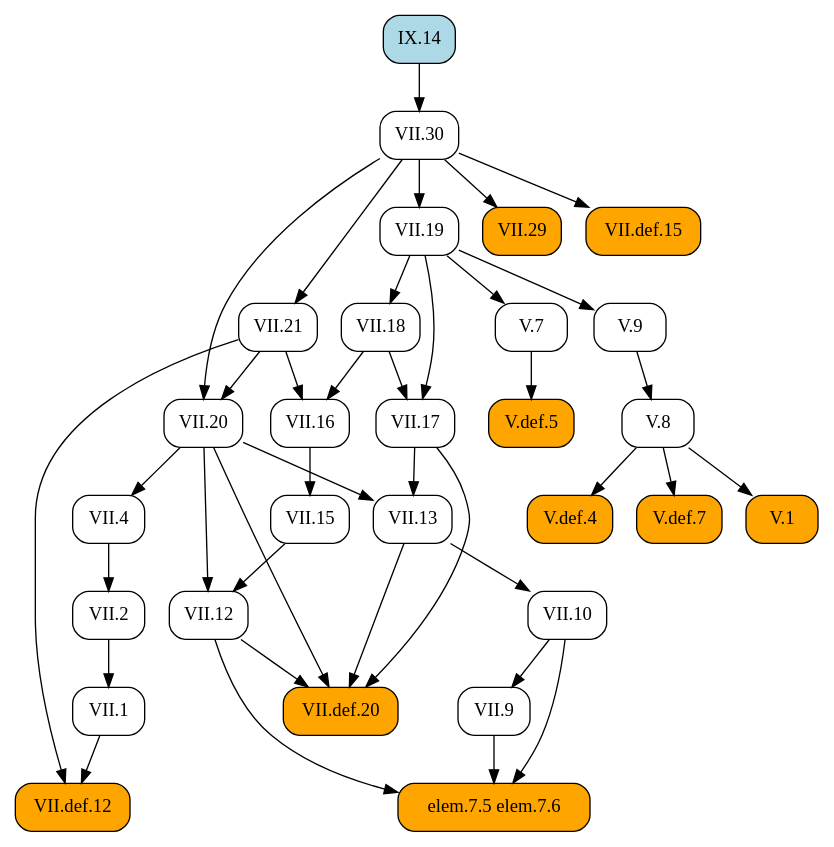
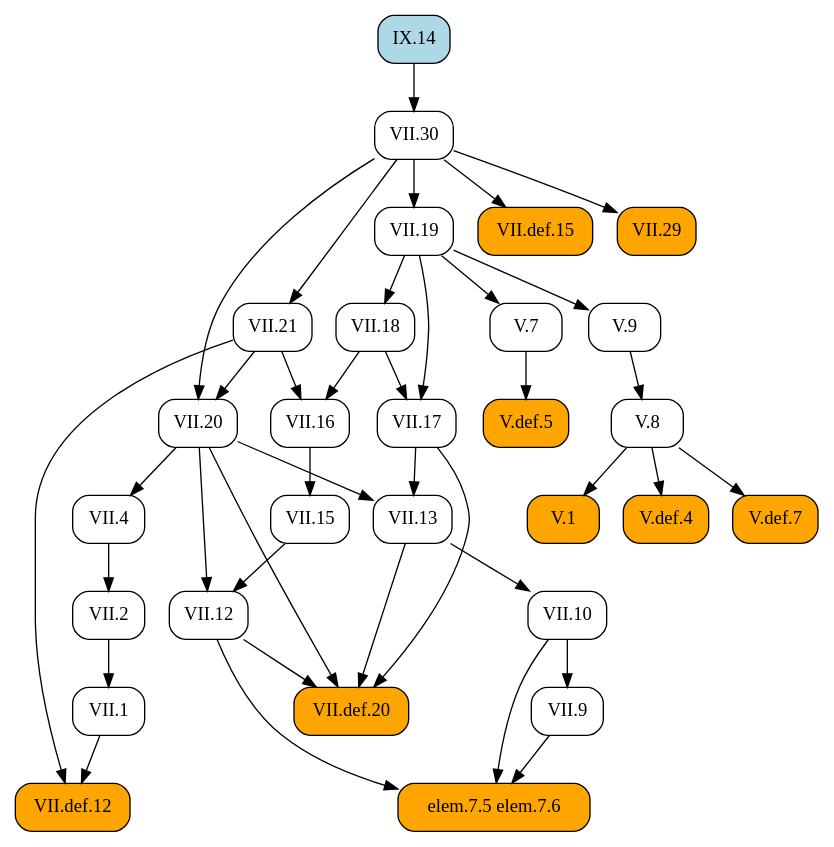
The diagram in docsrc/heath/IX/14/index.rst (geometor/elements), drawn with Graphviz before and after one commit. The commit also changed other lines of this file and 1029 other files, not shown here.

```diff
--- a/docsrc/heath/IX/14/index.rst
+++ b/docsrc/heath/IX/14/index.rst
@@ -44,72 +44,72 @@
 .. graphviz::
 
    digraph {
      rankdir="TB";
      node [shape=box, style=rounded];
-     "V.1" [style="rounded,filled", fillcolor=orange, URL="/heath/V/1/", target="_top"];
-     "VII.20" [URL="/heath/VII/20/", target="_top"];
-     "VII.29" [style="rounded,filled", fillcolor=orange, URL="/heath/VII/29/", target="_top"];
-     "VII.12" [URL="/heath/VII/12/", target="_top"];
-     "VII.9" [URL="/heath/VII/9/", target="_top"];
-     "IX.14" [style="rounded,filled", fillcolor=lightblue, URL="/heath/IX/14/", target="_top"];
-     "VII.16" [URL="/heath/VII/16/", target="_top"];
-     "VII.13" [URL="/heath/VII/13/", target="_top"];
-     "V.def.4" [style="rounded,filled", fillcolor=orange, URL="/heath/V/def.4/", target="_top"];
-     "VII.def.15" [style="rounded,filled", fillcolor=orange, URL="/heath/VII/def.15/", target="_top"];
-     "VII.18" [URL="/heath/VII/18/", target="_top"];
+     "VII.def.12" [style="rounded,filled", fillcolor=orange, URL="/heath/VII/def.12/", target="_top"];
      "V.8" [URL="/heath/V/8/", target="_top"];
-     "VII.21" [URL="/heath/VII/21/", target="_top"];
-     "V.7" [URL="/heath/V/7/", target="_top"];
-     "VII.19" [URL="/heath/VII/19/", target="_top"];
-     "VII.def.12" [style="rounded,filled", fillcolor=orange, URL="/heath/VII/def.12/", target="_top"];
-     "VII.15" [URL="/heath/VII/15/", target="_top"];
-     "VII.4" [URL="/heath/VII/4/", target="_top"];
-     "V.9" [URL="/heath/V/9/", target="_top"];
-     "VII.2" [URL="/heath/VII/2/", target="_top"];
-     "VII.def.20" [style="rounded,filled", fillcolor=orange, URL="/heath/VII/def.20/", target="_top"];
-     "elem.7.5 elem.7.6" [style="rounded,filled", fillcolor=orange];
-     "VII.30" [URL="/heath/VII/30/", target="_top"];
      "VII.1" [URL="/heath/VII/1/", target="_top"];
      "VII.10" [URL="/heath/VII/10/", target="_top"];
+     "VII.30" [URL="/heath/VII/30/", target="_top"];
+     "VII.9" [URL="/heath/VII/9/", target="_top"];
+     "VII.def.15" [style="rounded,filled", fillcolor=orange, URL="/heath/VII/def.15/", target="_top"];
+     "V.def.5" [style="rounded,filled", fillcolor=orange, URL="/heath/V/def.5/", target="_top"];
+     "VII.19" [URL="/heath/VII/19/", target="_top"];
+     "VII.18" [URL="/heath/VII/18/", target="_top"];
+     "VII.29" [style="rounded,filled", fillcolor=orange, URL="/heath/VII/29/", target="_top"];
+     "VII.16" [URL="/heath/VII/16/", target="_top"];
+     "IX.14" [style="rounded,filled", fillcolor=lightblue, URL="/heath/IX/14/", target="_top"];
+     "VII.4" [URL="/heath/VII/4/", target="_top"];
+     "VII.21" [URL="/heath/VII/21/", target="_top"];
+     "V.1" [style="rounded,filled", fillcolor=orange, URL="/heath/V/1/", target="_top"];
+     "VII.17" [URL="/heath/VII/17/", target="_top"];
+     "elem.7.5 elem.7.6" [style="rounded,filled", fillcolor=orange];
+     "VII.20" [URL="/heath/VII/20/", target="_top"];
+     "V.7" [URL="/heath/V/7/", target="_top"];
+     "V.9" [URL="/heath/V/9/", target="_top"];
+     "V.def.4" [style="rounded,filled", fillcolor=orange, URL="/heath/V/def.4/", target="_top"];
+     "VII.13" [URL="/heath/VII/13/", target="_top"];
+     "VII.2" [URL="/heath/VII/2/", target="_top"];
      "V.def.7" [style="rounded,filled", fillcolor=orange, URL="/heath/V/def.7/", target="_top"];
-     "V.def.5" [style="rounded,filled", fillcolor=orange, URL="/heath/V/def.5/", target="_top"];
-     "VII.17" [URL="/heath/VII/17/", target="_top"];
+     "VII.12" [URL="/heath/VII/12/", target="_top"];
+     "VII.15" [URL="/heath/VII/15/", target="_top"];
+     "VII.def.20" [style="rounded,filled", fillcolor=orange, URL="/heath/VII/def.20/", target="_top"];
+     "VII.1" -> "VII.def.12";
+     "VII.21" -> "VII.def.12";
+     "V.9" -> "V.8";
+     "VII.2" -> "VII.1";
+     "VII.13" -> "VII.10";
+     "IX.14" -> "VII.30";
+     "VII.10" -> "VII.9";
+     "VII.30" -> "VII.def.15";
+     "V.7" -> "V.def.5";
+     "VII.30" -> "VII.19";
+     "VII.19" -> "VII.18";
+     "VII.30" -> "VII.29";
+     "VII.18" -> "VII.16";
+     "VII.21" -> "VII.16";
+     "VII.20" -> "VII.4";
+     "VII.30" -> "VII.21";
      "V.8" -> "V.1";
+     "VII.18" -> "VII.17";
+     "VII.19" -> "VII.17";
+     "VII.9" -> "elem.7.5 elem.7.6";
+     "VII.10" -> "elem.7.5 elem.7.6";
+     "VII.12" -> "elem.7.5 elem.7.6";
      "VII.21" -> "VII.20";
      "VII.30" -> "VII.20";
-     "VII.30" -> "VII.29";
+     "VII.19" -> "V.7";
+     "VII.19" -> "V.9";
+     "V.8" -> "V.def.4";
+     "VII.17" -> "VII.13";
+     "VII.20" -> "VII.13";
+     "VII.4" -> "VII.2";
+     "V.8" -> "V.def.7";
      "VII.15" -> "VII.12";
      "VII.20" -> "VII.12";
-     "VII.10" -> "VII.9";
-     "VII.18" -> "VII.16";
-     "VII.21" -> "VII.16";
-     "VII.17" -> "VII.13";
-     "VII.20" -> "VII.13";
-     "V.8" -> "V.def.4";
-     "VII.30" -> "VII.def.15";
-     "VII.19" -> "VII.18";
-     "V.9" -> "V.8";
-     "VII.30" -> "VII.21";
-     "VII.19" -> "V.7";
-     "VII.30" -> "VII.19";
-     "VII.1" -> "VII.def.12";
-     "VII.21" -> "VII.def.12";
      "VII.16" -> "VII.15";
-     "VII.20" -> "VII.4";
-     "VII.19" -> "V.9";
-     "VII.4" -> "VII.2";
      "VII.12" -> "VII.def.20";
      "VII.13" -> "VII.def.20";
      "VII.17" -> "VII.def.20";
      "VII.20" -> "VII.def.20";
-     "VII.9" -> "elem.7.5 elem.7.6";
-     "VII.10" -> "elem.7.5 elem.7.6";
-     "VII.12" -> "elem.7.5 elem.7.6";
-     "IX.14" -> "VII.30";
-     "VII.2" -> "VII.1";
-     "VII.13" -> "VII.10";
-     "V.8" -> "V.def.7";
-     "V.7" -> "V.def.5";
-     "VII.18" -> "VII.17";
-     "VII.19" -> "VII.17";
    }
```
